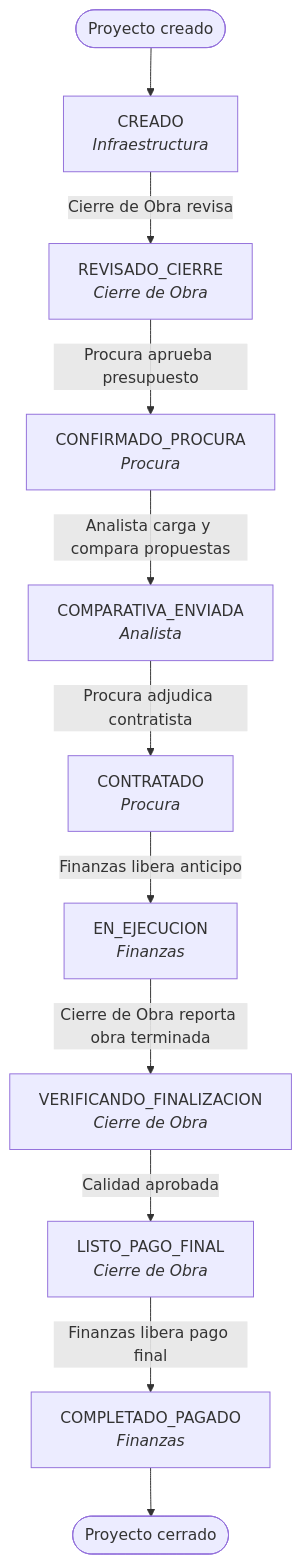
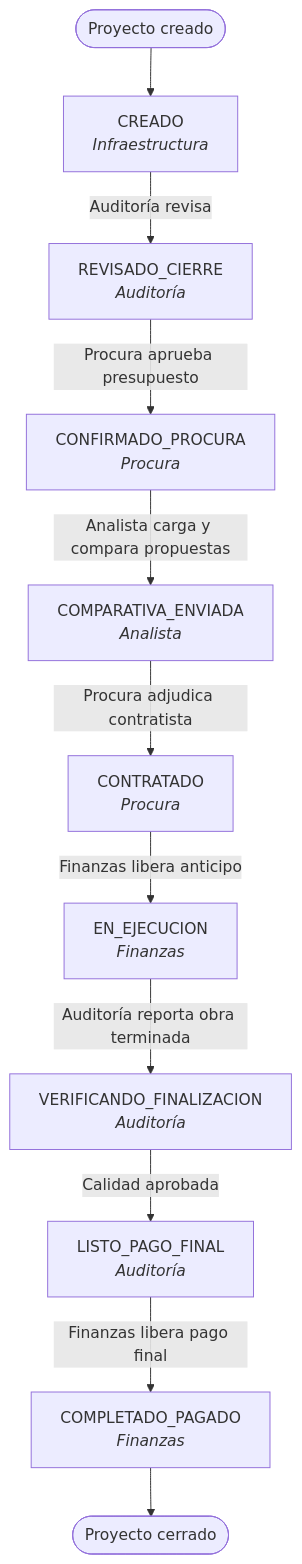
One commit to ProgramadorWebIvoo/infraestructura-back changed the diagram in docs/DIAGRAM_APP.md. Above: the diagram before and after it, drawn with Mermaid. The commit also changed 40 other files, not shown here.

First line of the commit message:
refactor(auth): renombrar Cierre de Obra a Auditoría

````diff
--- a/docs/DIAGRAM_APP.md
+++ b/docs/DIAGRAM_APP.md
@@ -2,18 +2,18 @@
 ```mermaid
 flowchart TD
     Start(["Proyecto creado"]) --> CREADO
 
-    CREADO["CREADO<br/><i>Infraestructura</i>"] -->|Cierre de Obra revisa| REVISADO["REVISADO_CIERRE<br/><i>Cierre de Obra</i>"]
+    CREADO["CREADO<br/><i>Infraestructura</i>"] -->|Auditoría revisa| REVISADO["REVISADO_CIERRE<br/><i>Auditoría</i>"]
     REVISADO -->|Procura aprueba presupuesto| CONFIRMADO["CONFIRMADO_PROCURA<br/><i>Procura</i>"]
     CONFIRMADO -->|Analista carga y compara propuestas| COMPARATIVA["COMPARATIVA_ENVIADA<br/><i>Analista</i>"]
 
     COMPARATIVA -->|Procura adjudica contratista| CONTRATADO["CONTRATADO<br/><i>Procura</i>"]
 
     CONTRATADO -->|Finanzas libera anticipo| EJECUCION["EN_EJECUCION<br/><i>Finanzas</i>"]
-    EJECUCION -->|Cierre de Obra reporta obra terminada| VERIFICANDO["VERIFICANDO_FINALIZACION<br/><i>Cierre de Obra</i>"]
+    EJECUCION -->|Auditoría reporta obra terminada| VERIFICANDO["VERIFICANDO_FINALIZACION<br/><i>Auditoría</i>"]
 
-    VERIFICANDO -->|Calidad aprobada| LISTO["LISTO_PAGO_FINAL<br/><i>Cierre de Obra</i>"]
+    VERIFICANDO -->|Calidad aprobada| LISTO["LISTO_PAGO_FINAL<br/><i>Auditoría</i>"]
 
     LISTO -->|Finanzas libera pago final| COMPLETADO["COMPLETADO_PAGADO<br/><i>Finanzas</i>"]
     COMPLETADO --> End(["Proyecto cerrado"])
 ```
````
